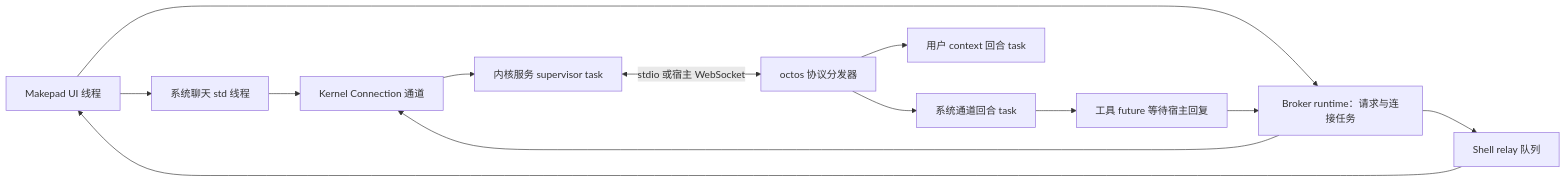
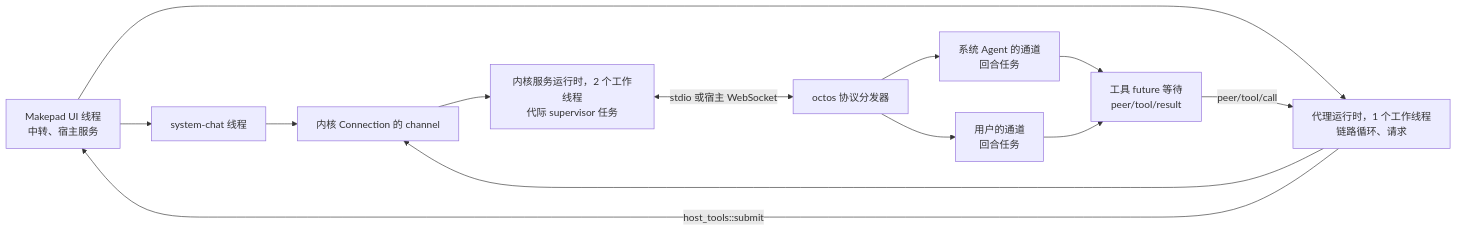
The second of 2 diagrams in docs/architecture-walkthrough.zh-CN.md (OctoSense-org/OctoSense), drawn with Mermaid before and after one commit. The commit also changed other lines of this file and 12 other files, not shown here.

````diff
--- a/docs/architecture-walkthrough.zh-CN.md
+++ b/docs/architecture-walkthrough.zh-CN.md
@@ -263,15 +212,15 @@
 ```mermaid
 flowchart LR
-    UI["Makepad UI 线程"] --> CMD["系统聊天 std 线程"]
-    UI --> B["Broker runtime：请求与连接任务"]
-    CMD --> C["Kernel Connection 通道"]
+    UI["Makepad UI 线程<br/>中转、宿主服务"] --> CMD["system-chat 线程"]
+    UI --> B["代理运行时，1 个工作线程<br/>链路循环、请求"]
+    CMD --> C["内核 Connection 的 channel"]
     B --> C
-    C --> SUP["内核服务 supervisor task"]
+    C --> SUP["内核服务运行时，2 个工作线程<br/>代际 supervisor 任务"]
     SUP <-->|"stdio 或宿主 WebSocket"| OUP["octos 协议分发器"]
-    OUP --> T1["系统通道回合 task"]
-    OUP --> T2["用户 context 回合 task"]
-    T1 --> TOOL["工具 future 等待宿主回复"]
-    TOOL --> B
-    B --> Q["Shell relay 队列"]
-    Q --> UI
+    OUP --> T1["系统 Agent 的通道<br/>回合任务"]
+    OUP --> T2["用户的通道<br/>回合任务"]
+    T1 --> TOOL["工具 future 等待<br/>peer/tool/result"]
+    T2 --> TOOL
+    TOOL -->|"peer/tool/call"| B
+    B -->|"host_tools::submit"| UI
 ```
````
